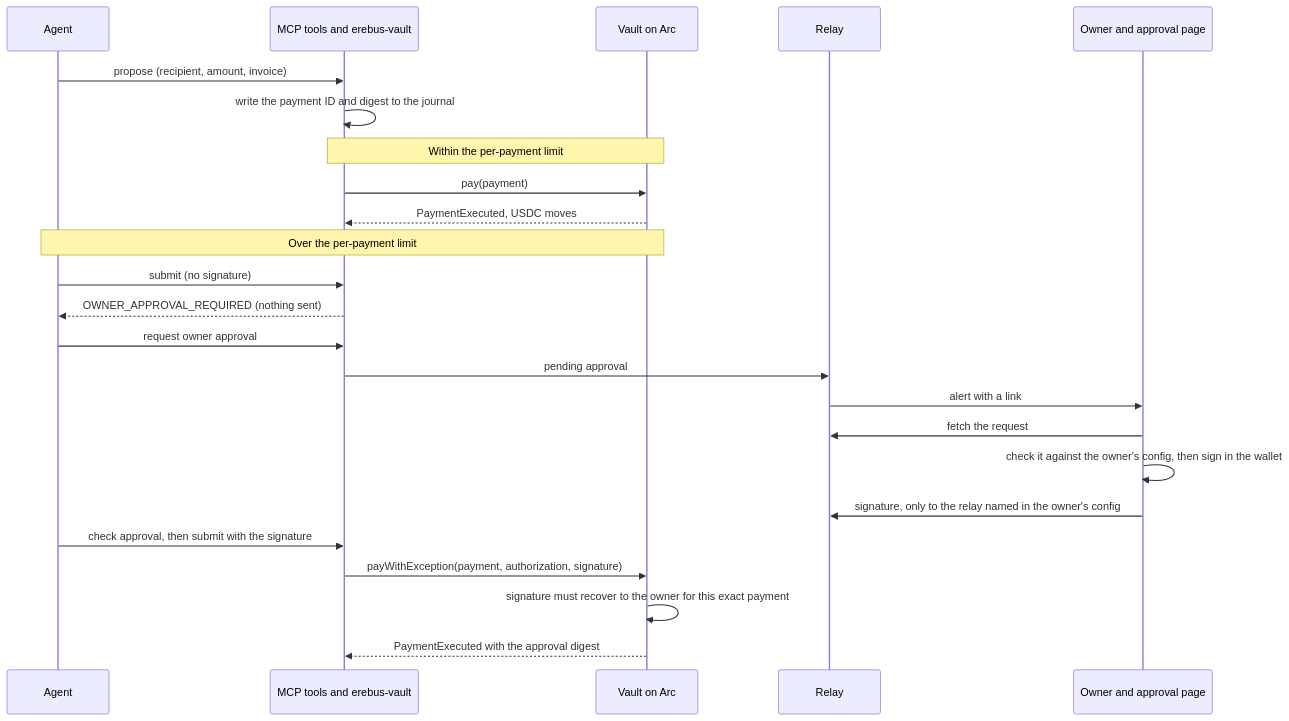
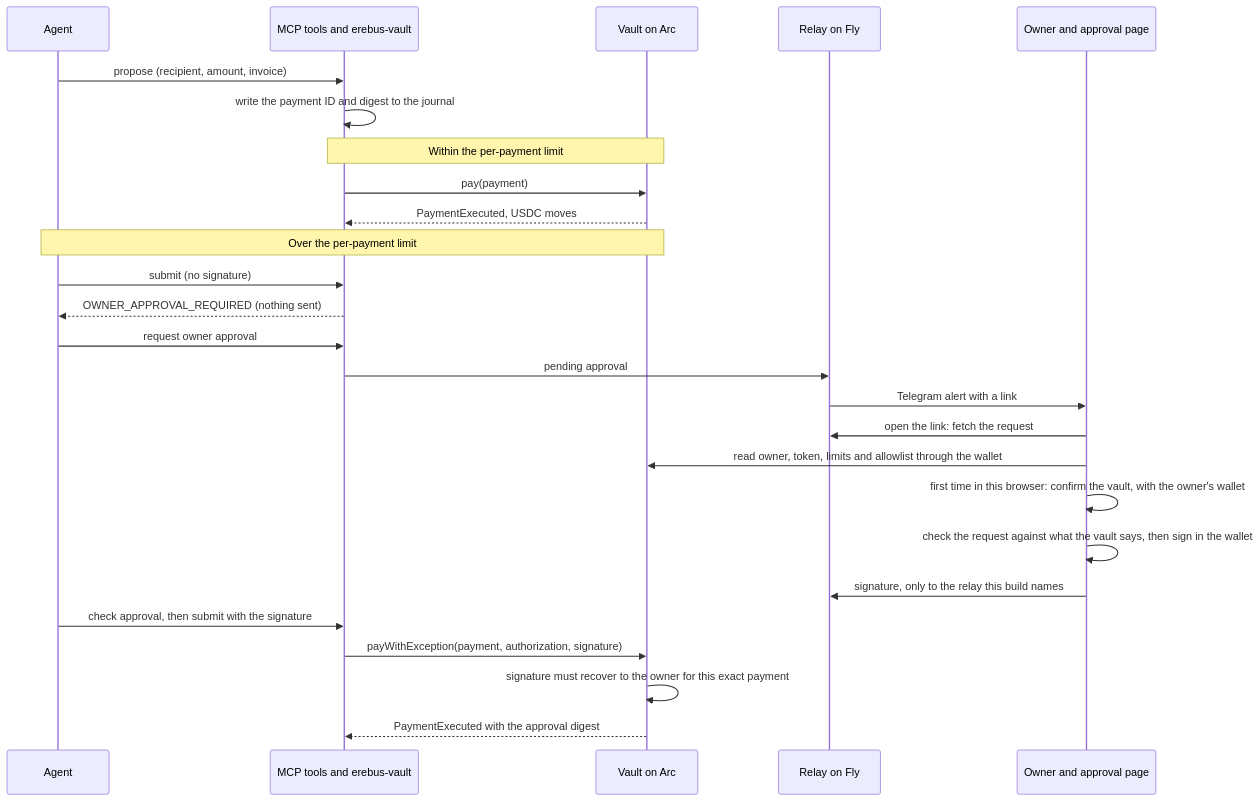
Before and after one commit to PoulavBhowmick03/Styx: the second of 2 diagrams in docs/mumbai/ARCHITECTURE.md, drawn with Mermaid. The commit also changed other lines of this file and 3 other files, not shown here.

First line of the commit message:
docs: bring the architecture, demo script and README draft up to date for v1

````diff
--- a/docs/mumbai/ARCHITECTURE.md
+++ b/docs/mumbai/ARCHITECTURE.md
@@ -69,27 +72,29 @@
 ```mermaid
 sequenceDiagram
   participant A as Agent
   participant M as MCP tools and erebus-vault
   participant V as Vault on Arc
-  participant R as Relay
+  participant R as Relay on Fly
   participant O as Owner and approval page
 
   A->>M: propose (recipient, amount, invoice)
   M->>M: write the payment ID and digest to the journal
   Note over M,V: Within the per-payment limit
   M->>V: pay(payment)
   V-->>M: PaymentExecuted, USDC moves
   Note over A,V: Over the per-payment limit
   A->>M: submit (no signature)
   M-->>A: OWNER_APPROVAL_REQUIRED (nothing sent)
   A->>M: request owner approval
   M->>R: pending approval
-  R->>O: alert with a link
-  O->>R: fetch the request
-  O->>O: check it against the owner's config, then sign in the wallet
-  O->>R: signature, only to the relay named in the owner's config
+  R->>O: Telegram alert with a link
+  O->>R: open the link: fetch the request
+  O->>V: read owner, token, limits and allowlist through the wallet
+  O->>O: first time in this browser: confirm the vault, with the owner's wallet
+  O->>O: check the request against what the vault says, then sign in the wallet
+  O->>R: signature, only to the relay this build names
   A->>M: check approval, then submit with the signature
   M->>V: payWithException(payment, authorization, signature)
   V->>V: signature must recover to the owner for this exact payment
   V-->>M: PaymentExecuted with the approval digest
 ```
````
